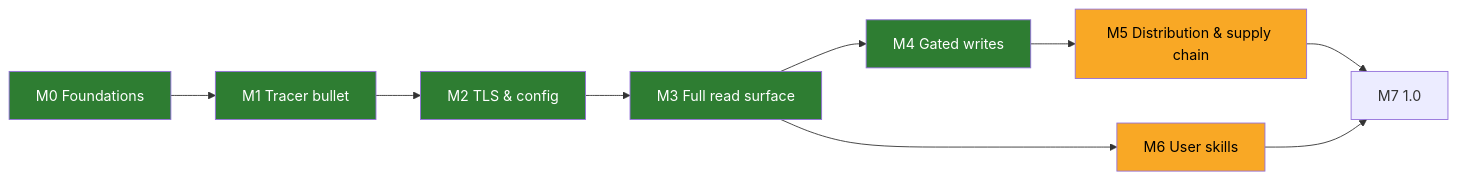
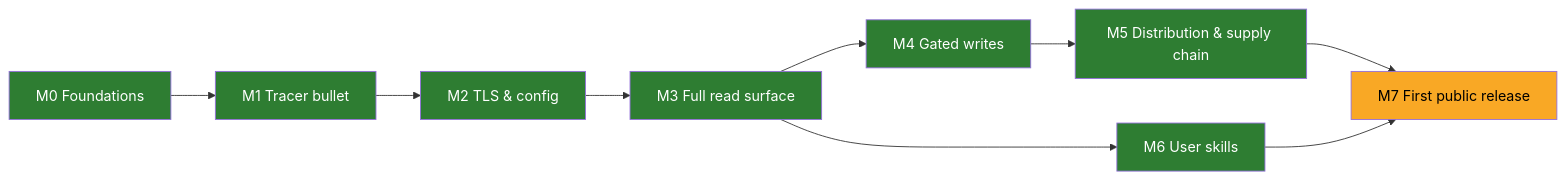
Before and after one commit to rodrigorjsf/langfuse-api-mcp: the diagram in ROADMAP.md, drawn with Mermaid. The commit also changed other lines of this file and 11 other files, not shown here.

First line of the commit message:
docs(release): clean the tree for publication and close out M5/M6 in the roadmap

````diff
--- a/ROADMAP.md
+++ b/ROADMAP.md
@@ -5,15 +5,15 @@
 ```mermaid
 flowchart LR
   M0[M0 Foundations] --> M1[M1 Tracer bullet]
   M1 --> M2[M2 TLS & config]
   M2 --> M3[M3 Full read surface]
   M3 --> M4[M4 Gated writes]
   M4 --> M5[M5 Distribution & supply chain]
   M3 --> M6[M6 User skills]
-  M5 --> M7[M7 1.0]
+  M5 --> M7[M7 First public release]
   M6 --> M7
   classDef done fill:#2e7d32,color:#fff;
   classDef next fill:#f9a825,color:#000;
-  class M0,M1,M2,M3,M4 done;
-  class M5,M6 next;
+  class M0,M1,M2,M3,M4,M5,M6 done;
+  class M7 next;
 ```
````
